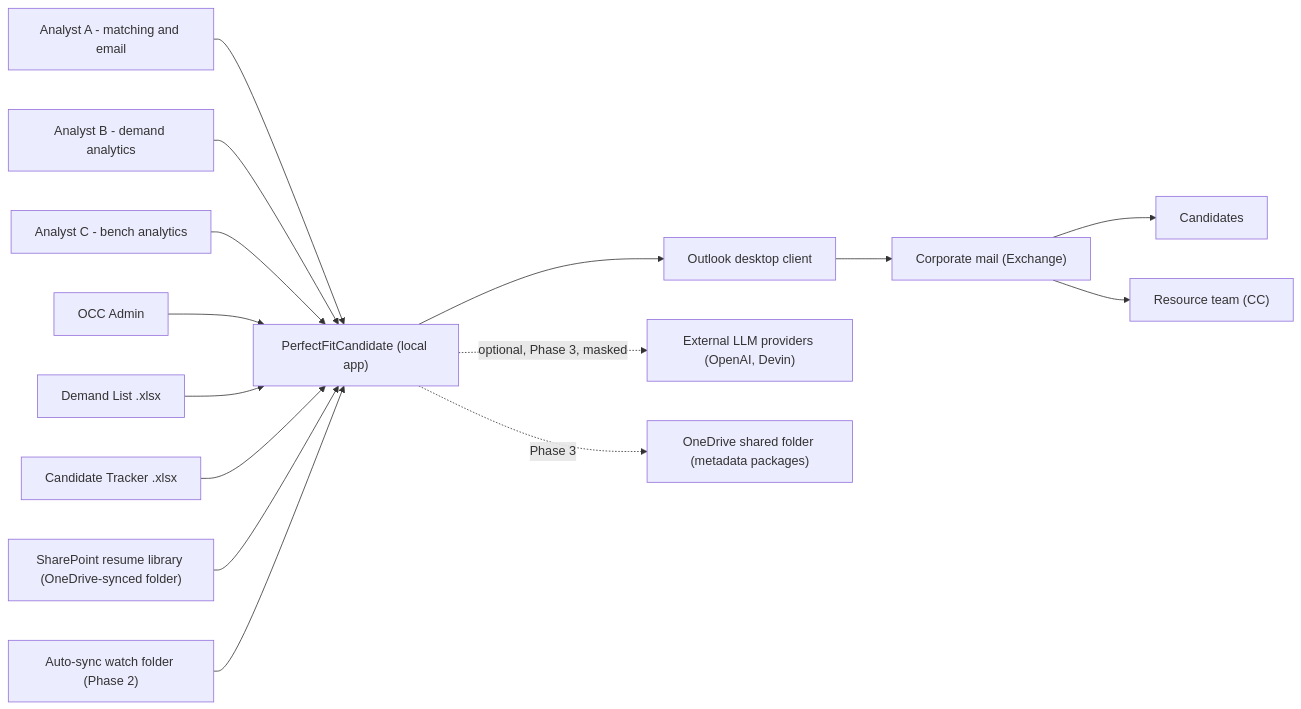
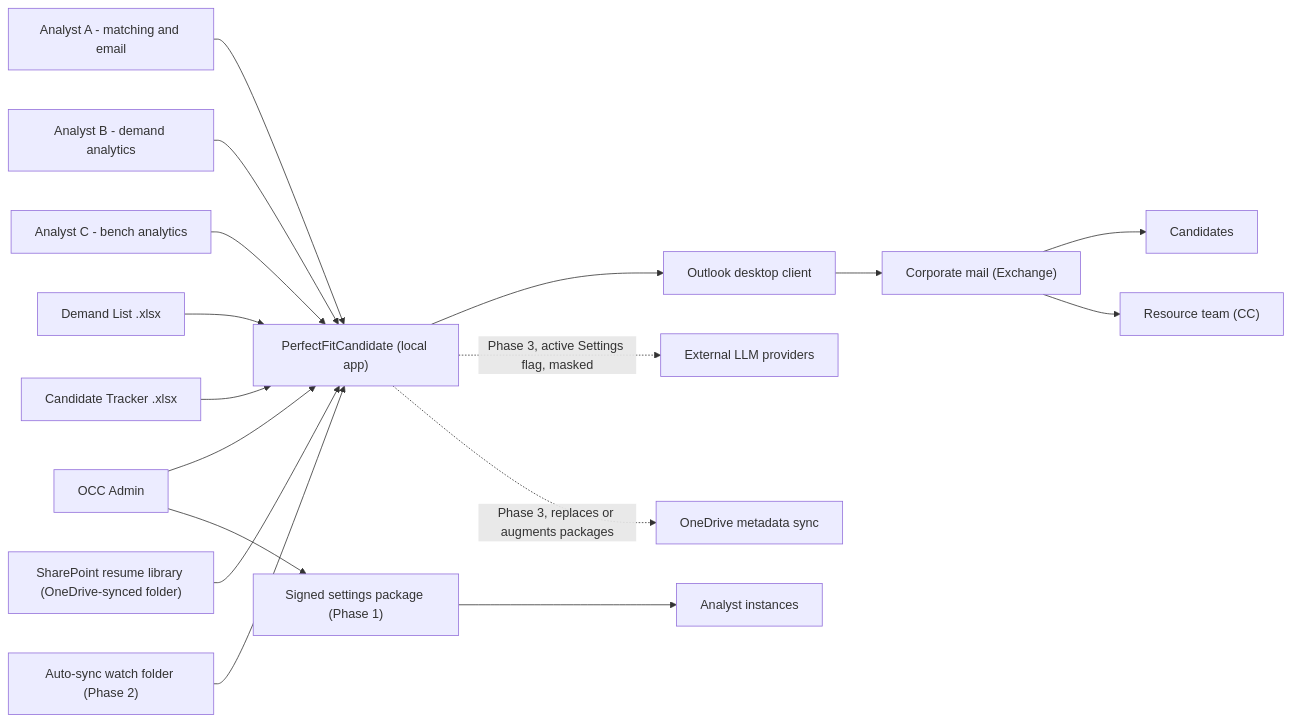
One commit to Cognition-Partner-Workshops/PerfectFitCandidate changed the first of 9 diagrams in PFC/docs/ARCHITECTURE.md. Above: the diagram before and after it, drawn with Mermaid. The commit also changed other lines of this file and 10 other files, not shown here.

````diff
--- a/PFC/docs/ARCHITECTURE.md
+++ b/PFC/docs/ARCHITECTURE.md
@@ -60,17 +60,19 @@
 ```mermaid
 flowchart LR
     AA["Analyst A - matching and email"] --> PFC["PerfectFitCandidate (local app)"]
     AB["Analyst B - demand analytics"] --> PFC
     AC["Analyst C - bench analytics"] --> PFC
     ADM["OCC Admin"] --> PFC
     DL["Demand List .xlsx"] --> PFC
     CT["Candidate Tracker .xlsx"] --> PFC
     SP["SharePoint resume library (OneDrive-synced folder)"] --> PFC
     WF["Auto-sync watch folder (Phase 2)"] --> PFC
     PFC --> OL["Outlook desktop client"]
     OL --> EX["Corporate mail (Exchange)"]
     EX --> CAND["Candidates"]
     EX --> RT["Resource team (CC)"]
-    PFC -. "optional, Phase 3, masked" .-> EXT["External LLM providers (OpenAI, Devin)"]
-    PFC -. "Phase 3" .-> OD["OneDrive shared folder (metadata packages)"]
+    PFC -. "Phase 3, active Settings flag, masked" .-> EXT["External LLM providers"]
+    ADM --> PKG["Signed settings package (Phase 1)"]
+    PKG --> ANALYSTS["Analyst instances"]
+    PFC -. "Phase 3, replaces or augments packages" .-> OD["OneDrive metadata sync"]
 ```
````
